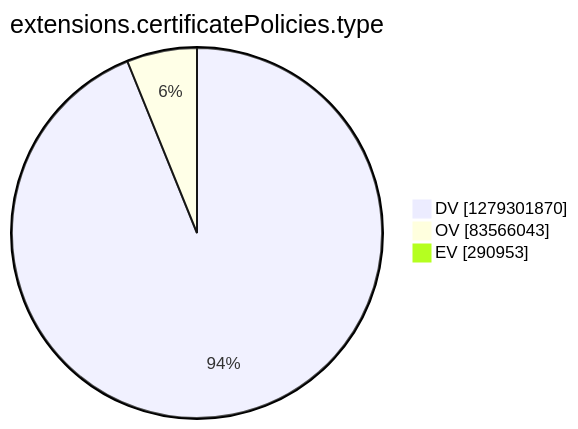
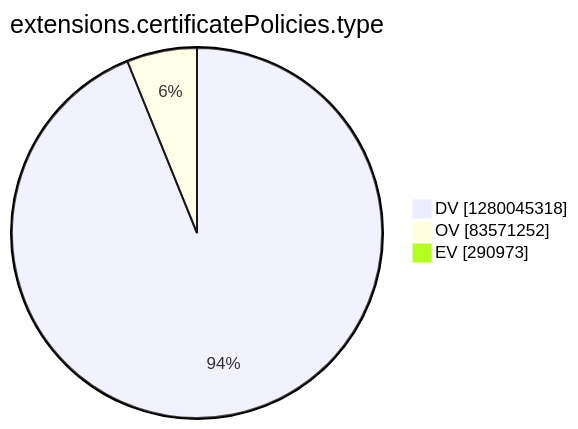
One commit to christiankrug/ctmonitor_visualization changed the tenth of 15 diagrams in argon2022/README.md. Above: the diagram before and after it, drawn with Mermaid. The commit also changed other lines of this file, not shown here.

````diff
--- a/argon2022/README.md
+++ b/argon2022/README.md
@@ -2771,7 +2771,7 @@
 ```mermaid
 pie showData
 title extensions.certificatePolicies.type
-"DV" :1279301870
-"OV" :83566043
-"EV" :290953
+"DV" :1280045318
+"OV" :83571252
+"EV" :290973
 ```
````
